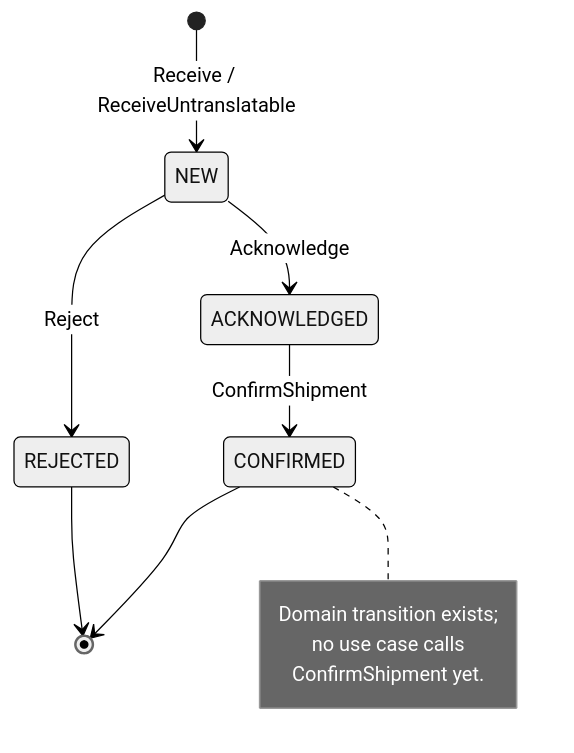
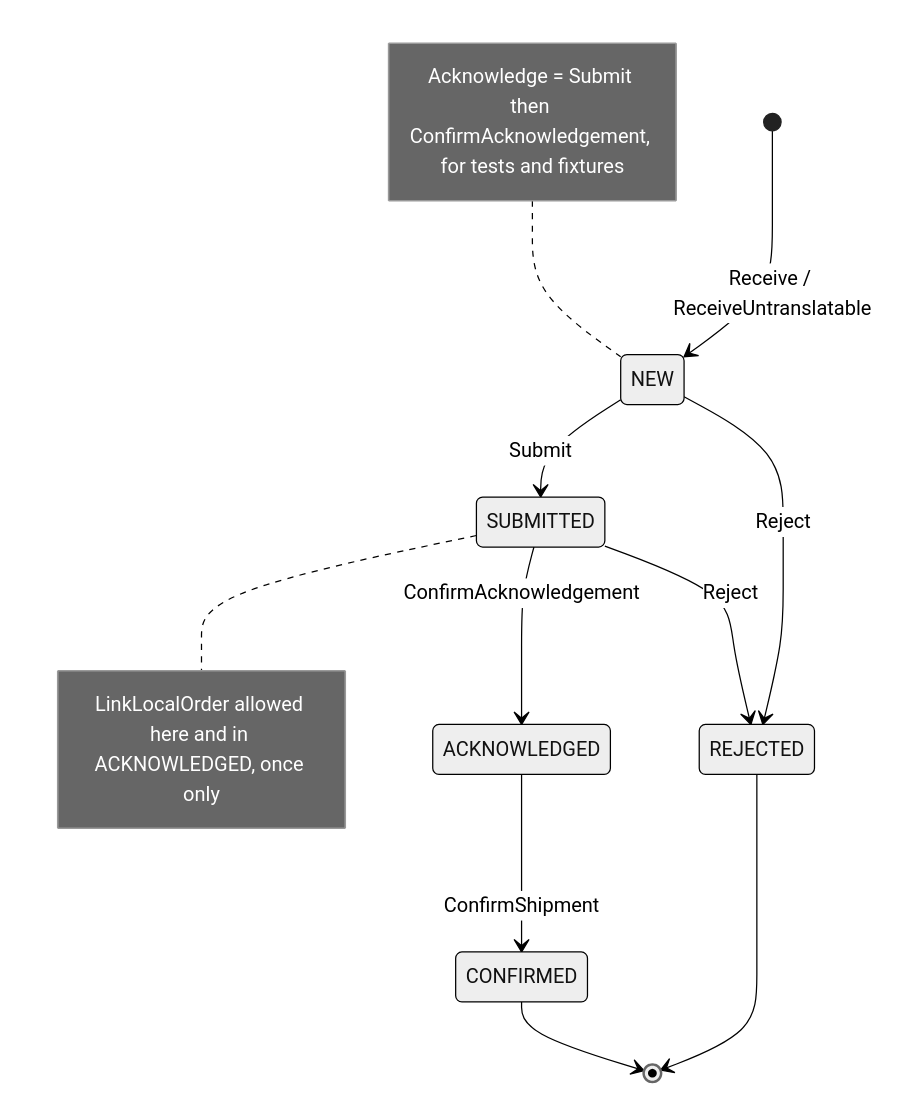
The first of 2 diagrams in docs/contexts/network-fulfillment/aggregate-design-canvas.md (IQVO/warehouse-docs), drawn with Mermaid (neutral theme) before and after one commit. The commit also changed other lines of this file and 717 other files, not shown here.

````diff
--- a/docs/contexts/network-fulfillment/aggregate-design-canvas.md
+++ b/docs/contexts/network-fulfillment/aggregate-design-canvas.md
@@ -32,14 +37,17 @@
 ```mermaid
 stateDiagram-v2
     [*] --> NEW: Receive / ReceiveUntranslatable
-    NEW --> ACKNOWLEDGED: Acknowledge
+    NEW --> SUBMITTED: Submit
     NEW --> REJECTED: Reject
+    SUBMITTED --> ACKNOWLEDGED: ConfirmAcknowledgement
+    SUBMITTED --> REJECTED: Reject
     ACKNOWLEDGED --> CONFIRMED: ConfirmShipment
     REJECTED --> [*]
     CONFIRMED --> [*]
-    note right of CONFIRMED
-        Domain transition exists;
-        no use case calls
-        ConfirmShipment yet.
+    note right of SUBMITTED
+        LinkLocalOrder allowed here and in ACKNOWLEDGED, once only
+    end note
+    note left of NEW
+        Acknowledge = Submit then ConfirmAcknowledgement, for tests and fixtures
     end note
 ```
````
